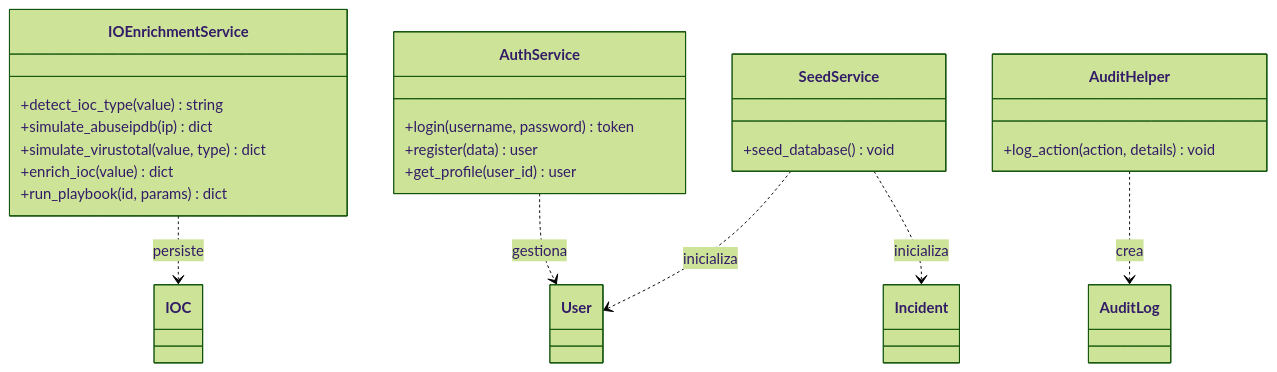
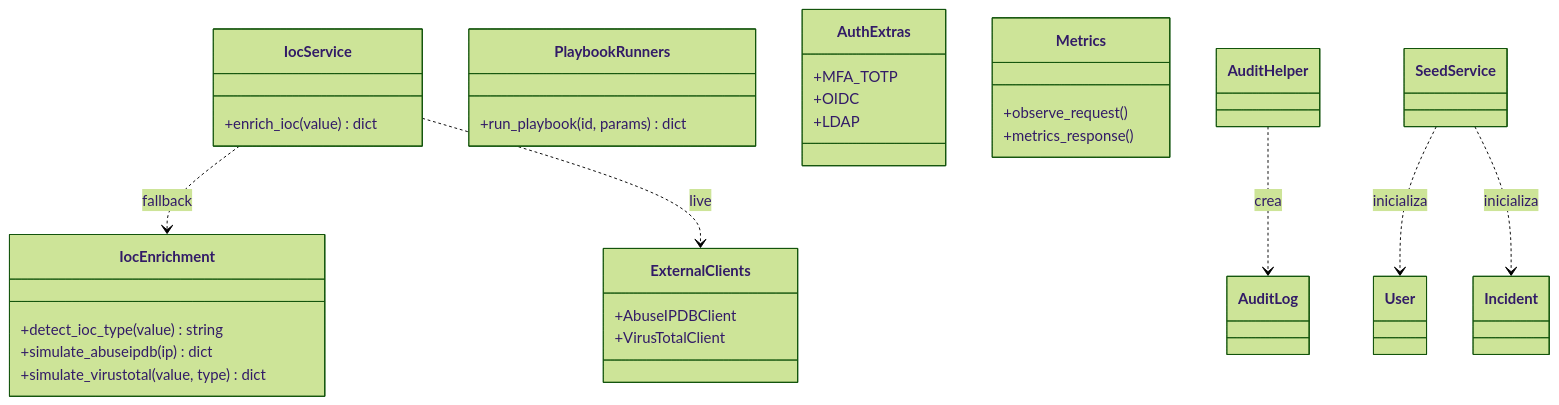
The third of 16 diagrams in docs/diagramas-uml.md (gracobjo/secopshub), drawn with Mermaid (forest theme) before and after one commit. The commit also changed other lines of this file and 4 other files, not shown here.

First line of the commit message:
docs: alinear requisitos, CU, UML y manuales con el producto actual

````diff
--- a/docs/diagramas-uml.md
+++ b/docs/diagramas-uml.md
@@ -135,30 +177,38 @@
 ```mermaid
 classDiagram
-    class IOEnrichmentService {
+    class IocEnrichment {
         +detect_ioc_type(value) string
         +simulate_abuseipdb(ip) dict
         +simulate_virustotal(value, type) dict
+    }
+
+    class IocService {
         +enrich_ioc(value) dict
+    }
+
+    class ExternalClients {
+        +AbuseIPDBClient
+        +VirusTotalClient
+    }
+
+    class PlaybookRunners {
         +run_playbook(id, params) dict
     }
 
-    class SeedService {
-        +seed_database() void
+    class AuthExtras {
+        +MFA_TOTP
+        +OIDC
+        +LDAP
     }
 
-    class AuthService {
-        +login(username, password) token
-        +register(data) user
-        +get_profile(user_id) user
+    class Metrics {
+        +observe_request()
+        +metrics_response()
     }
 
-    class AuditHelper {
-        +log_action(action, details) void
-    }
-
-    IOEnrichmentService ..> IOC : persiste
-    AuthService ..> User : gestiona
+    IocService ..> IocEnrichment : fallback
+    IocService ..> ExternalClients : live
     AuditHelper ..> AuditLog : crea
     SeedService ..> User : inicializa
     SeedService ..> Incident : inicializa
 ```
````
